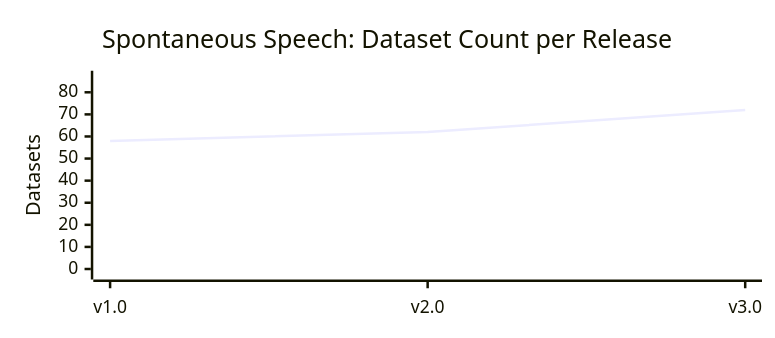
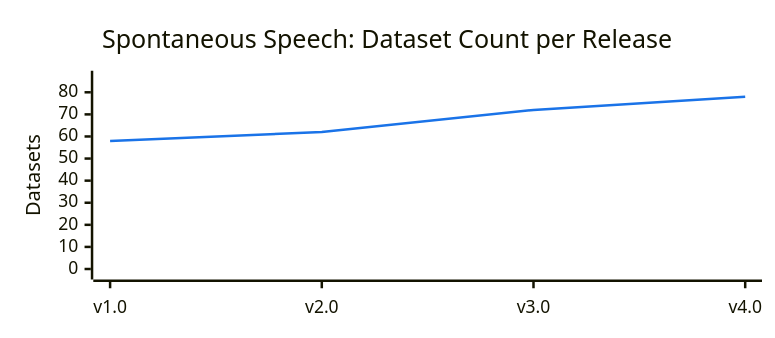
One commit to common-voice/cv-dataset changed the third of 3 diagrams in datasets/spontaneous-speech/README.md. Above: the diagram before and after it, drawn with Mermaid. The commit also changed other lines of this file and 1 other file, not shown here.

````diff
--- a/datasets/spontaneous-speech/README.md
+++ b/datasets/spontaneous-speech/README.md
@@ -46,13 +52,16 @@
 ```mermaid
 ---
 config:
     xyChart:
         width: 600
         height: 250
+    themeVariables:
+        xyChart:
+            plotColorPalette: "#1a73e8"
 ---
 xychart-beta
     title "Spontaneous Speech: Dataset Count per Release"
-    x-axis ["v1.0","v2.0","v3.0"]
+    x-axis ["v1.0","v2.0","v3.0","v4.0"]
     y-axis "Datasets" 0 --> 85
-    line [58,62,72]
+    line [58,62,72,78]
 ```
````
